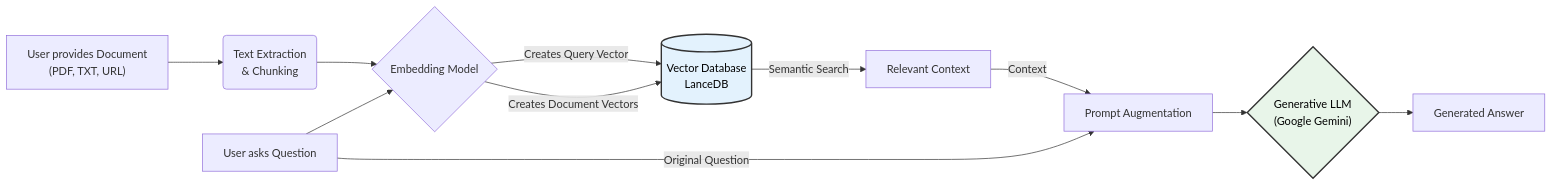
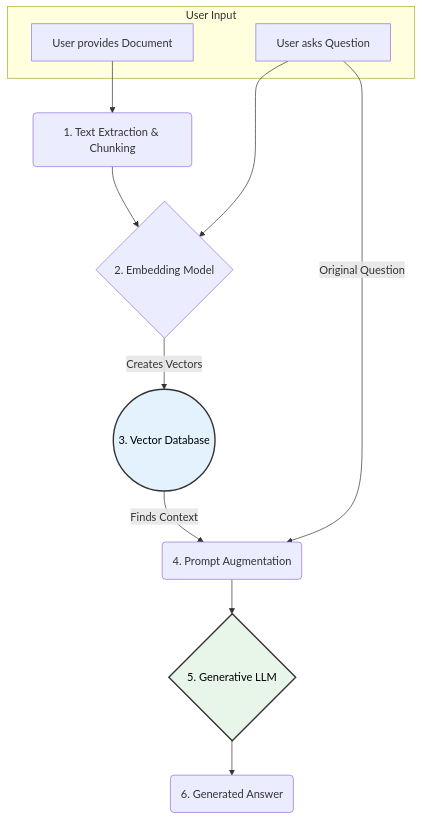
Before and after one commit to balupeddireddy08/RAG_ChatBot: the diagram in README.md, drawn with Mermaid.

Commit message:
Add ReadMe file

````diff
--- a/README.md
+++ b/README.md
@@ -102,17 +102,21 @@
 ```mermaid
-graph LR
-    A["User provides Document<br>(PDF, TXT, URL)"] --> B("Text Extraction<br>& Chunking");
-    B --> C{"Embedding Model"};
-    C -- "Creates Document Vectors" --> D[("Vector Database<br>LanceDB")];
+graph TD
+    subgraph "User Input"
+        A["User provides Document"]
+        B["User asks Question"]
+    end
     
-    E["User asks Question"] -- "Original Question" --> H["Prompt Augmentation"];
-    E --> C;
-    C -- "Creates Query Vector" --> D;
-    D -- "Semantic Search" --> G["Relevant Context"];
-    G -- "Context" --> H;
-    H --> I{"Generative LLM<br>(Google Gemini)"};
-    I --> J["Generated Answer"];
+    A --> C("1. Text Extraction & Chunking");
+    C --> D{"2. Embedding Model"};
+    B --> D;
+    
+    D -- "Creates Vectors" --> E((3. Vector Database));
+    E -- "Finds Context" --> F("4. Prompt Augmentation");
+    B -- "Original Question" --> F;
+    
+    F --> G{"5. Generative LLM"};
+    G --> H("6. Generated Answer");
 
-    style D fill:#e3f2fd,stroke:#333,stroke-width:2px,color:#000
-    style I fill:#e8f5e9,stroke:#333,stroke-width:2px,color:#000
+    style E fill:#e3f2fd,stroke:#333,stroke-width:2px,color:#000
+    style G fill:#e8f5e9,stroke:#333,stroke-width:2px,color:#000
 ```
````
